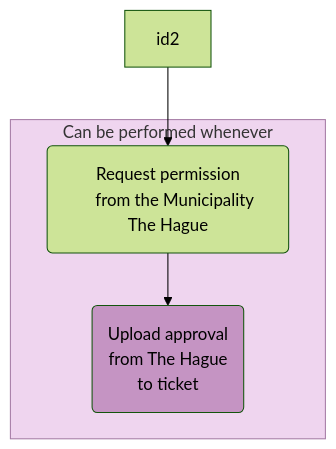
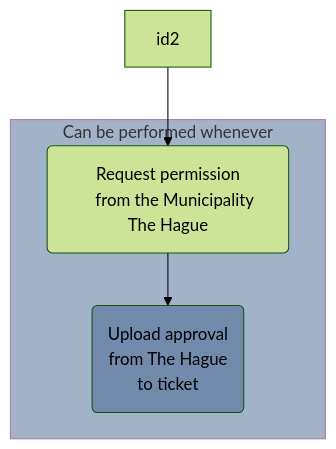
One commit to elan-dcc/elan-dcc.github.io changed the diagram in charts/flowchart/wmo.mmd. Above: the diagram before and after it, drawn with Mermaid (forest theme). The commit also changed 83 other files, not shown here.

```diff
--- a/charts/flowchart/wmo.mmd
+++ b/charts/flowchart/wmo.mmd
@@ -1,14 +1,14 @@
 flowchart TD
 subgraph external [Can be performed whenever]
     idE1(Request permission
     from the Municipality The Hague) --> idE2(Upload approval
     from The Hague
     to ticket)
 end
 
 id2 --> idE1
 
-style idE2 fill:#c594c3
-style external fill:#efd5ef, stroke:#a57ca5
+style idE2 fill:#728bad
+style external fill:#a2b2c9, stroke:#a57ca5
 click idE2 "https://elan-dcc.github.io/researchers/wmo" "WMO" _blank
 click idE2 "https://elanresearch.nl" "ELAN research" _blank
```
